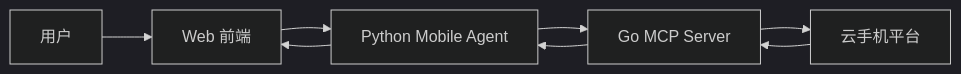
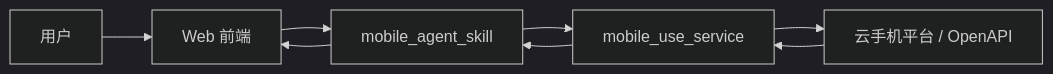
The first of 4 diagrams in demohouse/mobile-use/PROJECT_EXPLAINED.zh-CN.md (ShaofeiZi/ai-app-lab), drawn with Mermaid (dark theme) before and after one commit. The commit also changed other lines of this file and 148 other files, not shown here.

````diff
--- a/demohouse/mobile-use/PROJECT_EXPLAINED.zh-CN.md
+++ b/demohouse/mobile-use/PROJECT_EXPLAINED.zh-CN.md
@@ -100,10 +53,10 @@
 ```mermaid
 flowchart LR
-    U[用户] --> W[Web 前端]
-    W --> A[Python Mobile Agent]
-    A --> M[Go MCP Server]
-    M --> C[云手机平台]
-    C --> M
-    M --> A
+    U["用户"] --> W["Web 前端"]
+    W --> A["mobile_agent_skill"]
+    A --> S["mobile_use_service"]
+    S --> C["云手机平台 / OpenAPI"]
+    C --> S
+    S --> A
     A --> W
 ```
````
